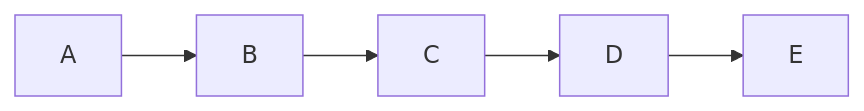
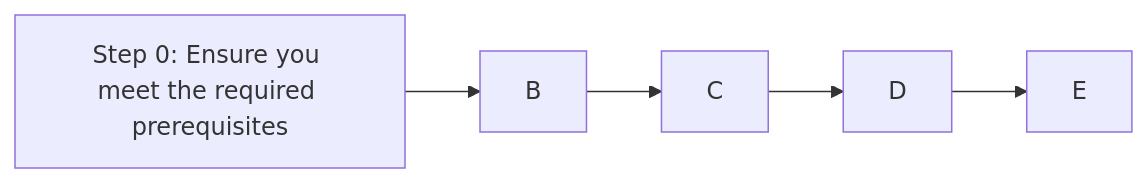
One commit to GovTechSG/seed-primer-documentation changed the diagram in getting-started.md. Above: the diagram before and after it, drawn with Mermaid.

````diff
--- a/getting-started.md
+++ b/getting-started.md
@@ -5,12 +5,12 @@
 ```mermaid
 flowchart LR
-    click A "Step 0: Ensure you meet the required prerequisites"
+    A[Step 0: Ensure you meet the required prerequisites]
     click B "https://docs.developer.tech.gov.sg/docs/staging-seed-primer/getting-started?id=step-1-identify-your-onboarding-persona" "Identify your persona <br/> and dedicate time to onboarding device"
     click C "https://docs.developer.tech.gov.sg/docs/staging-seed-primer/getting-started?id=step-2-onboard-device-to-seed" "Onboarding to SEED"
     click D "https://docs.developer.tech.gov.sg/docs/staging-seed-primer/post-onboarding-steps" "Post-Onboarding to SEED"
     click E "https://docs.developer.tech.gov.sg/docs/staging-seed-primer/dashboard" "Accessing DEEP Dashboard"
     A --> B
     B --> C
     C --> D
     D --> E
 ```
````
